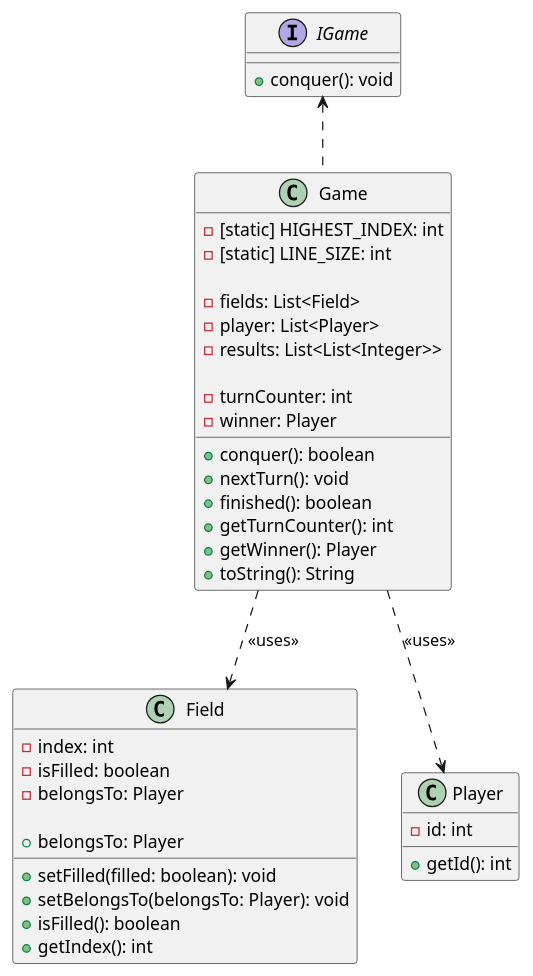
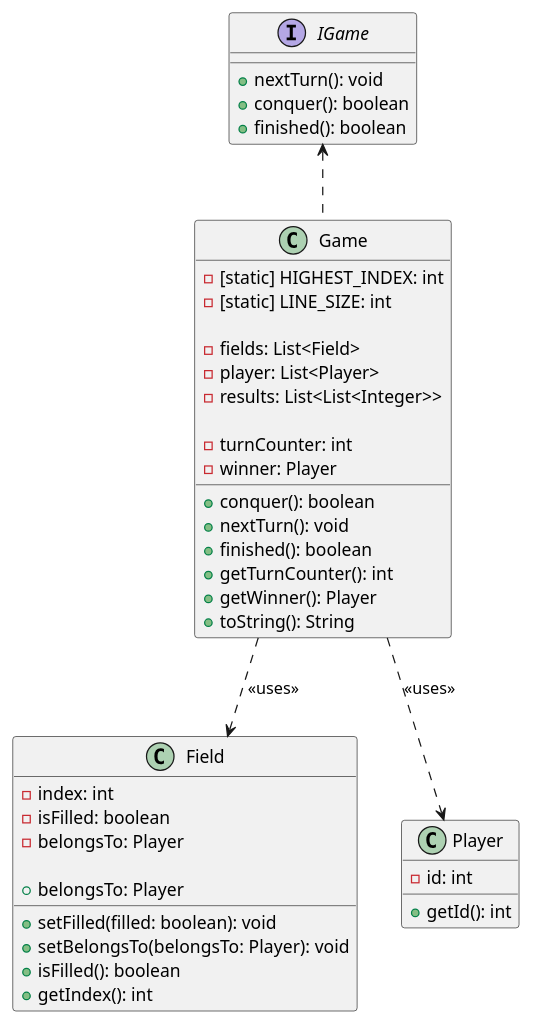
The diagram in doc/connections.puml (rnefzger/tictactoe), drawn with PlantUML before and after one commit. The commit also changed 1 other file, not shown here.

```diff
--- a/doc/connections.puml
+++ b/doc/connections.puml
@@ -1,49 +1,51 @@
 @startuml
 
 class Field {
     -index: int
     -isFilled: boolean
     -belongsTo: Player
 
     +setFilled(filled: boolean): void
     +setBelongsTo(belongsTo: Player): void
     +isFilled(): boolean
     +getIndex(): int
     +belongsTo: Player
 }
 
 class Game {
     -[static] HIGHEST_INDEX: int
     -[static] LINE_SIZE: int
 
     -fields: List<Field>
     -player: List<Player>
     -results: List<List<Integer>>
 
     -turnCounter: int
     -winner: Player
 
     +conquer(): boolean
     +nextTurn(): void
     +finished(): boolean
     +getTurnCounter(): int
     +getWinner(): Player
     +toString(): String
 }
 
 interface IGame {
-    +conquer(): void
+    +nextTurn(): void
+    +conquer(): boolean
+    +finished(): boolean
 }
 
 class Player {
     -id: int
 
     +getId(): int
 }
 
 Game .up.> IGame
 
 Game ..> Field : <<uses>>
 Game ..> Player : <<uses>>
 
 @enduml
```
